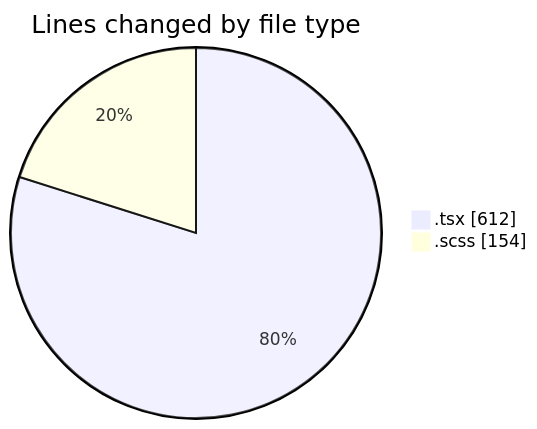
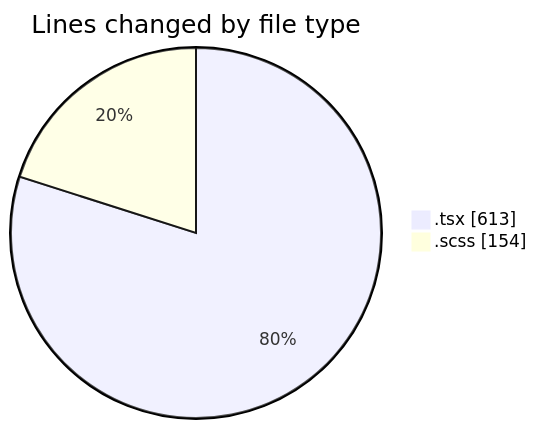
Before and after one commit to momahboobian/code-tracking: the first of 2 diagrams in 2025-10-01/cda/README.md, drawn with Mermaid. The commit also changed other lines of this file and 1 other file, not shown here.

````diff
--- a/2025-10-01/cda/README.md
+++ b/2025-10-01/cda/README.md
@@ -22,6 +22,6 @@
 ```mermaid
 pie showData
 title Lines changed by file type
-".tsx" : 612
+".tsx" : 613
 ".scss" : 154
 ```
````
